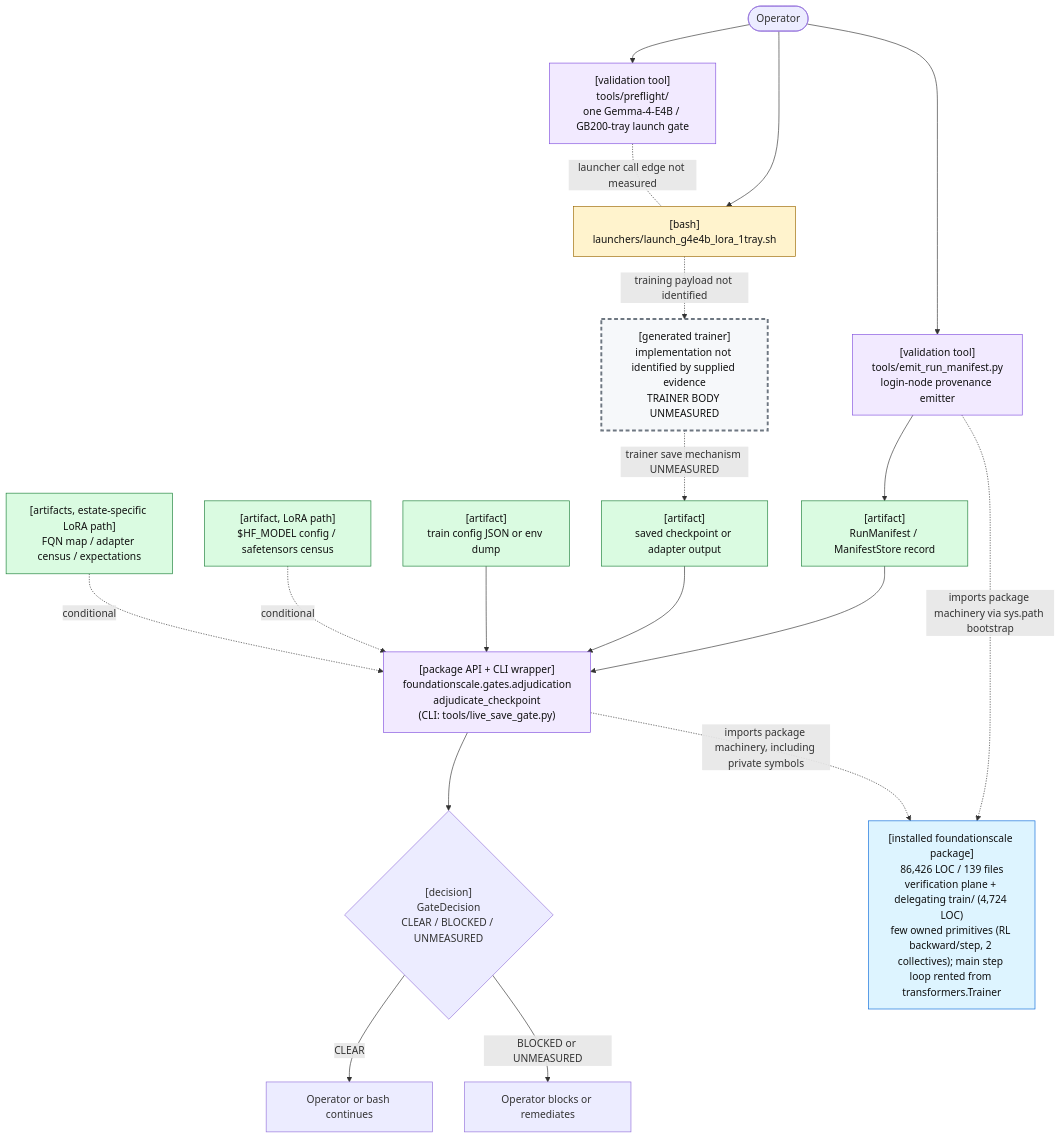
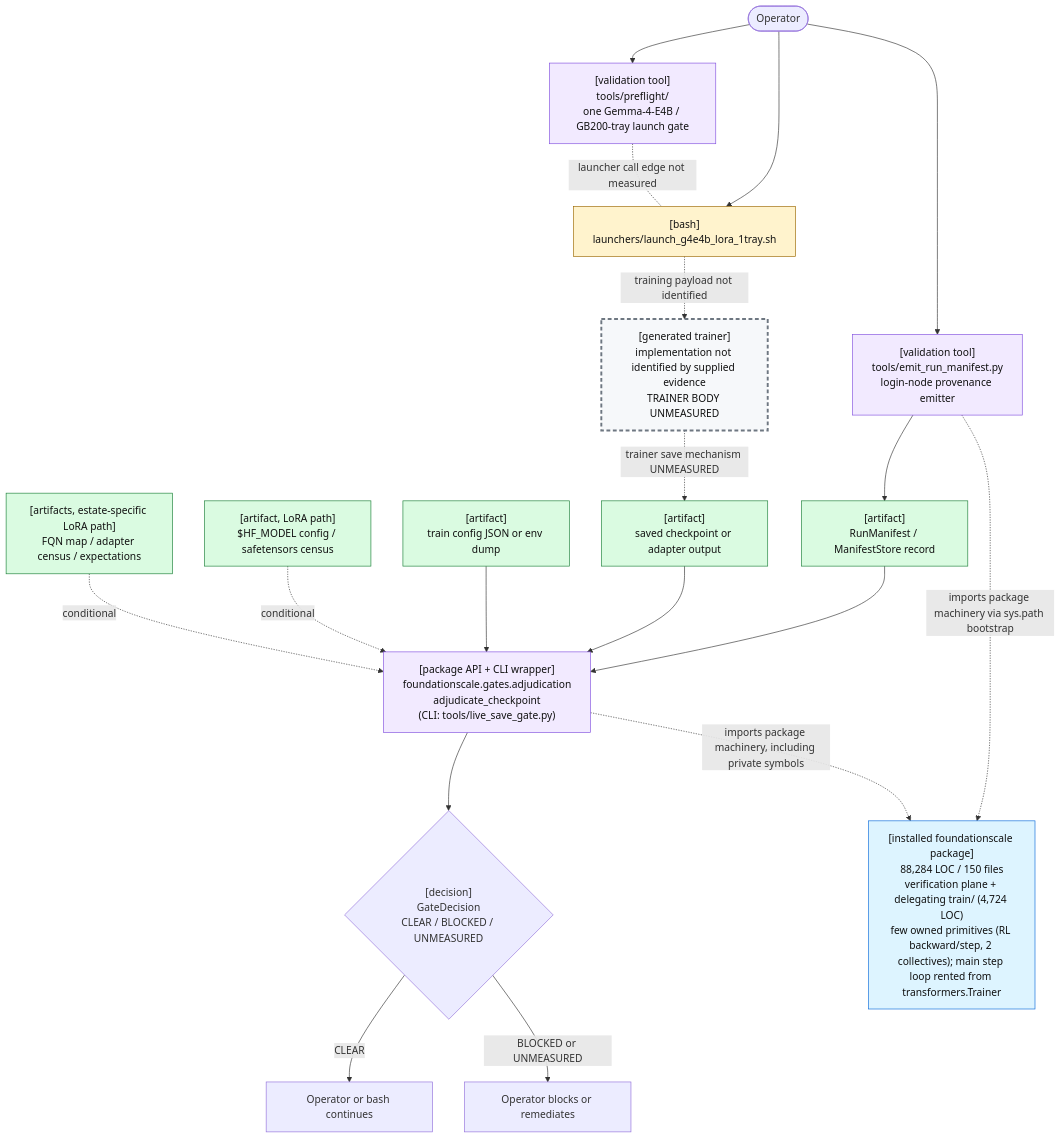
One commit to TranNhiem/FoundationScale changed the first of 2 diagrams in docs/review/D2_current_architecture.md. Above: the diagram before and after it, drawn with Mermaid. The commit also changed other lines of this file and 10 other files, not shown here.

````diff
--- a/docs/review/D2_current_architecture.md
+++ b/docs/review/D2_current_architecture.md
@@ -25,59 +25,59 @@
 ```mermaid
 flowchart TB
   O(["Operator"])
 
   PF["[validation tool]<br/>tools/preflight/<br/>one Gemma-4-E4B / GB200-tray launch gate"]
   L["[bash]<br/>launchers/launch_g4e4b_lora_1tray.sh"]
 
   E["[validation tool]<br/>tools/emit_run_manifest.py<br/>login-node provenance emitter"]
   M["[artifact]<br/>RunManifest / ManifestStore record"]
 
   T["[generated trainer]<br/>implementation not identified by supplied evidence<br/>TRAINER BODY UNMEASURED"]
   C["[artifact]<br/>saved checkpoint or adapter output"]
 
   G["[package API + CLI wrapper]<br/>foundationscale.gates.adjudication<br/>adjudicate_checkpoint<br/>(CLI: tools/live_save_gate.py)"]
   CFG["[artifact]<br/>train config JSON or env dump"]
   BASE["[artifact, LoRA path]<br/>$HF_MODEL config / safetensors census"]
   CEN["[artifacts, estate-specific LoRA path]<br/>FQN map / adapter census / expectations"]
 
   D{"[decision]<br/>GateDecision<br/>CLEAR / BLOCKED / UNMEASURED"}
   OK["Operator or bash continues"]
   NO["Operator blocks or remediates"]
 
-  PKG["[installed foundationscale package]<br/>86,426 LOC / 139 files<br/>verification plane + delegating train/ (4,724 LOC)<br/>few owned primitives (RL backward/step, 2 collectives); main step loop rented from transformers.Trainer"]
+  PKG["[installed foundationscale package]<br/>88,284 LOC / 150 files<br/>verification plane + delegating train/ (4,724 LOC)<br/>few owned primitives (RL backward/step, 2 collectives); main step loop rented from transformers.Trainer"]
 
   O --> PF
   O --> L
   PF -. "launcher call edge not measured" .- L
 
   O --> E
   E --> M
 
   L -. "training payload not identified" .-> T
   T -. "trainer save mechanism UNMEASURED" .-> C
 
   M --> G
   C --> G
   CFG --> G
   BASE -. "conditional" .-> G
   CEN -. "conditional" .-> G
 
   E -. "imports package machinery via sys.path bootstrap" .-> PKG
   G -. "imports package machinery, including private symbols" .-> PKG
 
   G --> D
   D -->|"CLEAR"| OK
   D -->|"BLOCKED or UNMEASURED"| NO
 
   classDef bash fill:#fff3cd,stroke:#9a6700,color:#111;
   classDef tool fill:#f2eaff,stroke:#8250df,color:#111;
   classDef artifact fill:#dafbe1,stroke:#1a7f37,color:#111;
   classDef gap fill:#f6f8fa,stroke:#6e7781,stroke-width:3px,stroke-dasharray: 6 4,color:#111;
   classDef pkg fill:#ddf4ff,stroke:#0969da,color:#111;
 
   class L bash;
   class PF,E,G tool;
   class M,C,CFG,BASE,CEN artifact;
   class T gap;
   class PKG pkg;
 ```
````
